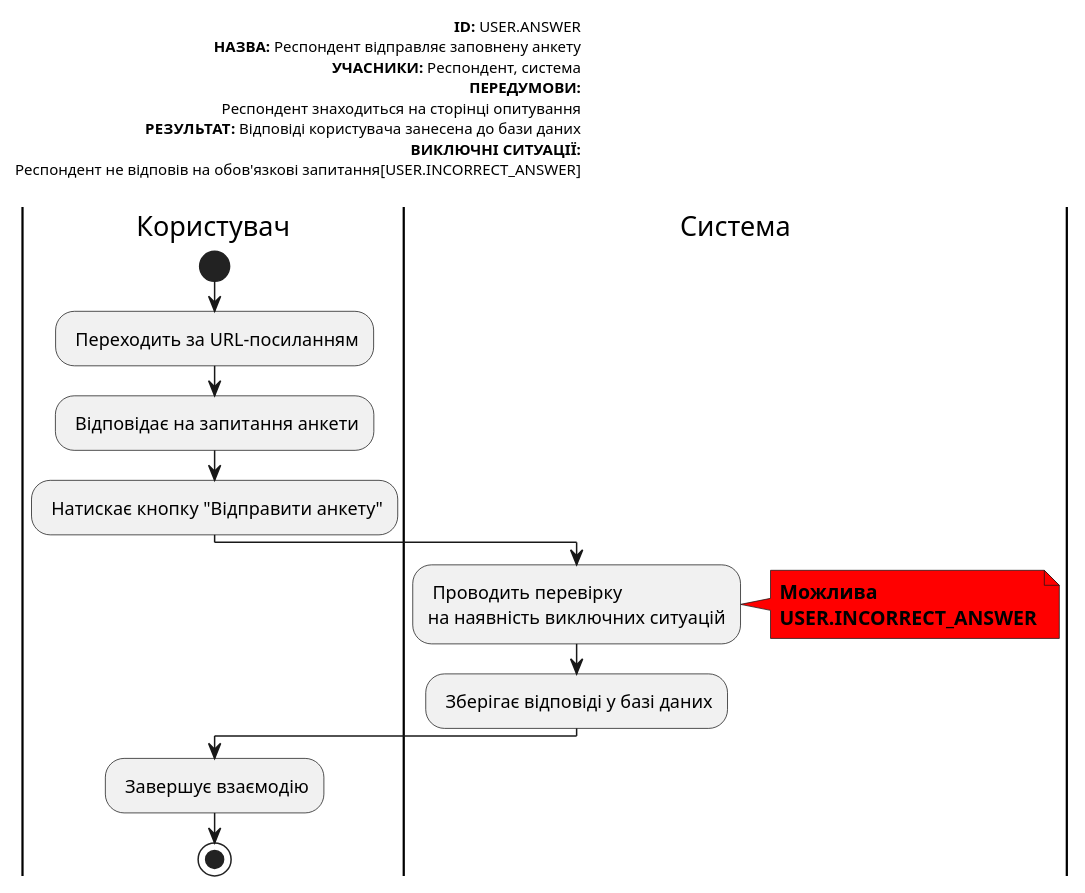
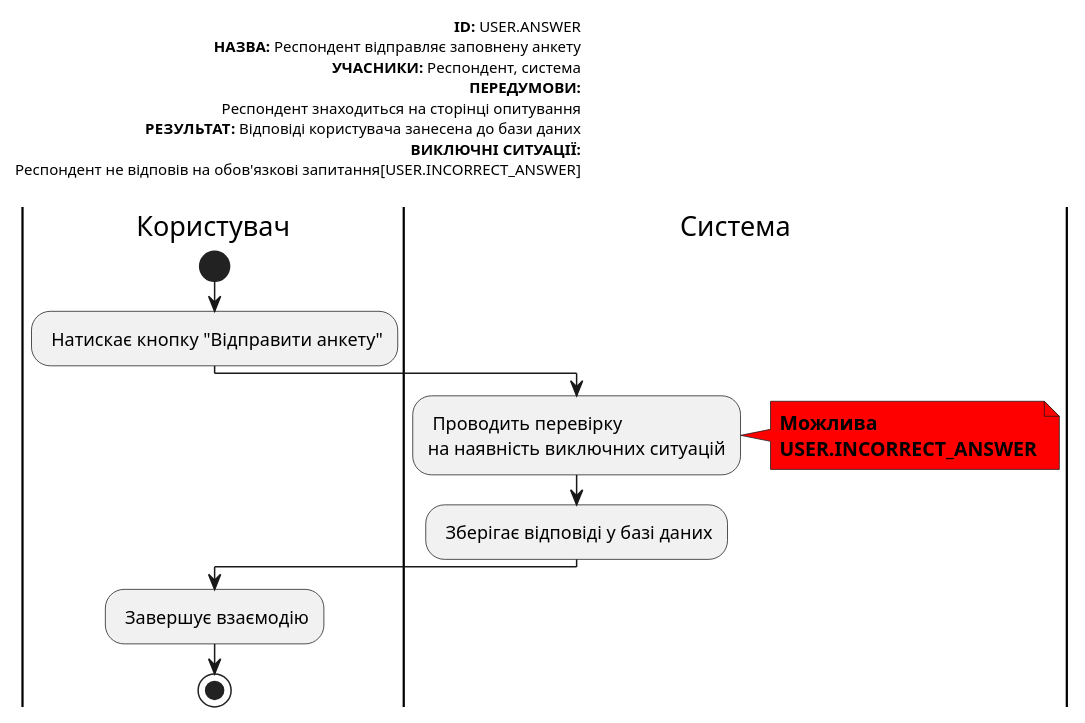
Diagram 11 of 22 in docs/use cases/README.md (michigang1/ImForms), drawn with PlantUML before and after one commit. The commit also changed other lines of this file, not shown here.

```diff
--- a/docs/use cases/README.md
+++ b/docs/use cases/README.md
@@ -333,34 +332,32 @@
 @startuml
 left header
 <font color=000 size=10><b>ID:</b> USER.ANSWER
 <font color=000 size=10><b>НАЗВА:</b> Респондент відправляє заповнену анкету 
 <font color=000 size=10><b>УЧАСНИКИ:</b> Респондент, система  
 <font color=000 size=10><b>ПЕРЕДУМОВИ:</b>
 <font color=000 size=10> Респондент знаходиться на сторінці опитування
 <font color=000 size=10><b>РЕЗУЛЬТАТ:</b> Відповіді користувача занесена до бази даних
 <font color=000 size=10><b>ВИКЛЮЧНІ СИТУАЦІЇ:</b> 
 <font color=000 size=10>Респондент не відповів на обов'язкові запитання[USER.INCORRECT_ANSWER]
 
 end header
 
 |Користувач|
         start
-        : Переходить за URL-посиланням;
-        : Відповідає на запитання анкети;
         : Натискає кнопку "Відправити анкету";
 
 |Система|
         : Проводить перевірку
         на наявність виключних ситуацій;
         note right #ff0000
         <b>Можлива</b>
         <b>USER.INCORRECT_ANSWER</b>
         end note
 
         : Зберігає відповіді у базі даних;
 
 
 |Користувач|
         : Завершує взаємодію;
         stop;
 @enduml
```
